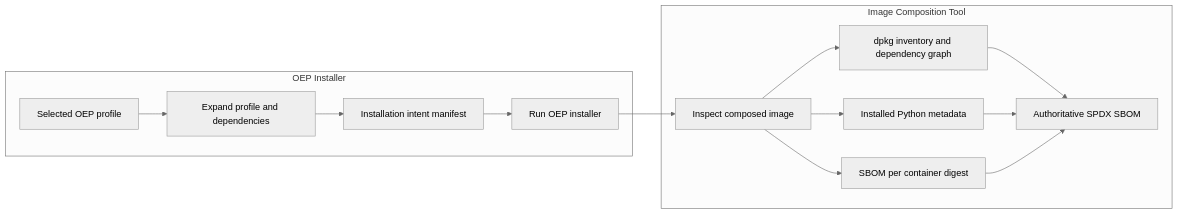
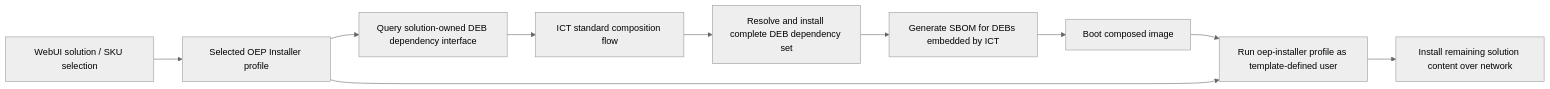
One commit to open-edge-platform/image-composer-tool changed the diagram in docs/architecture-decision-record/adr-oep-installer-intent-manifest.md. Above: the diagram before and after it, drawn with Mermaid (neutral theme). The commit also changed other lines of this file, not shown here.

````diff
--- a/docs/architecture-decision-record/adr-oep-installer-intent-manifest.md
+++ b/docs/architecture-decision-record/adr-oep-installer-intent-manifest.md
@@ -66,20 +77,16 @@
 ```mermaid
 flowchart LR
-    subgraph OEP["OEP Installer"]
-    Profile["Selected OEP profile"]
-    Resolve["Expand profile and dependencies"]
-    Profile --> Resolve
-        Resolve --> Intent["Installation intent manifest"]
-        Intent --> Install["Run OEP installer"]
-    end
+    Selection["WebUI solution / SKU selection"]
+    Profile["Selected OEP Installer profile"]
+    Query["Query solution-owned DEB dependency interface"]
+    Compose["ICT standard composition flow"]
+    Resolve["Resolve and install complete DEB dependency set"]
+    SBOM["Generate SBOM for DEBs embedded by ICT"]
+    Boot["Boot composed image"]
+    Install["Run oep-installer profile as template-defined user"]
+    Content["Install remaining solution content over network"]
 
-    subgraph ICT["Image Composition Tool"]
-        Install --> Inspect["Inspect composed image"]
-        Inspect --> Debian["dpkg inventory and dependency graph"]
-        Inspect --> Python["Installed Python metadata"]
-        Inspect --> Images["SBOM per container digest"]
-        Debian --> SPDX["Authoritative SPDX SBOM"]
-        Python --> SPDX
-        Images --> SPDX
-    end
+    Selection --> Profile --> Query --> Compose --> Resolve --> SBOM --> Boot
+    Boot --> Install --> Content
+    Profile --> Install
 ```
````
